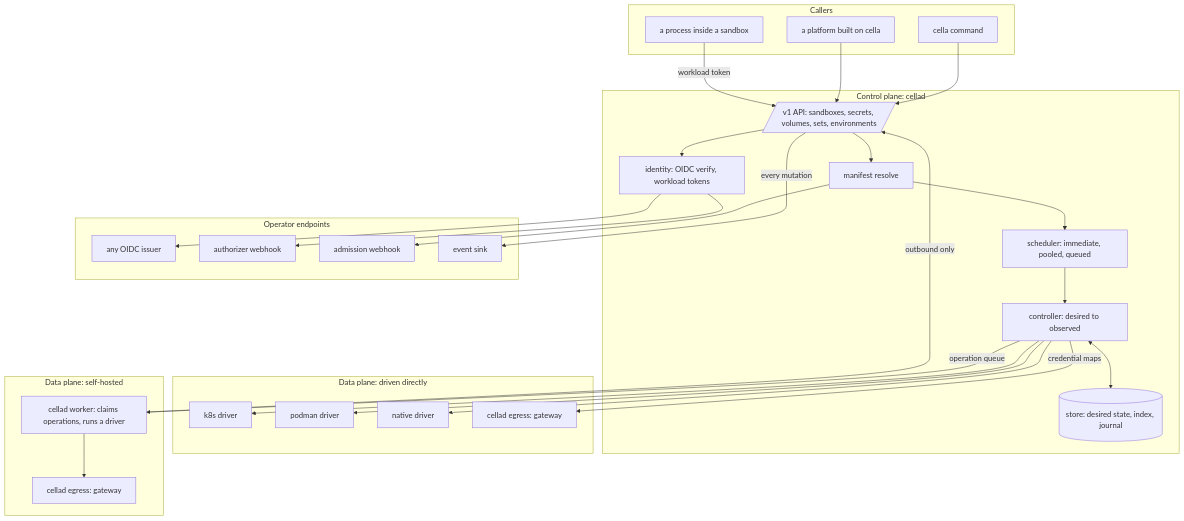
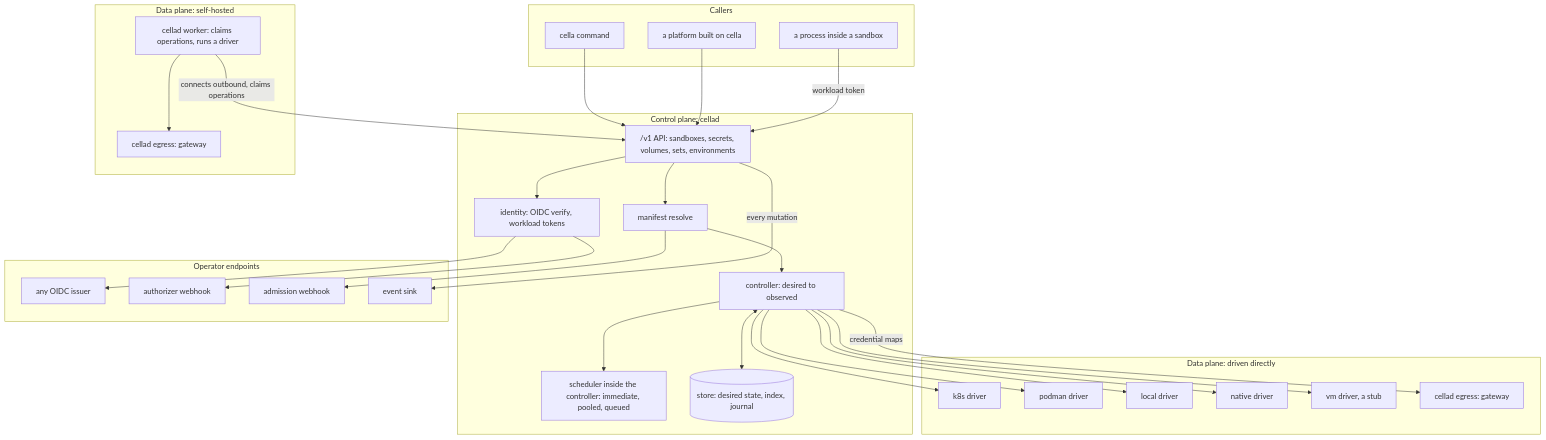
The first of 2 diagrams in specs/001-architecture.md (latere-ai/cella), drawn with Mermaid before and after one commit. The commit also changed other lines of this file and 7 other files, not shown here.

````diff
--- a/specs/001-architecture.md
+++ b/specs/001-architecture.md
@@ -58,48 +58,52 @@
 ```mermaid
 flowchart TB
   subgraph callers [Callers]
     CLI[cella command]
     Plat[a platform built on cella]
     Agent[a process inside a sandbox]
   end
   subgraph cp [Control plane: cellad]
-    API[/v1 API: sandboxes, secrets, volumes, sets, environments/]
+    API["/v1 API: sandboxes, secrets, volumes, sets, environments"]
     Resolve[manifest resolve]
     Auth[identity: OIDC verify, workload tokens]
-    Sched[scheduler: immediate, pooled, queued]
+    Sched[scheduler inside the controller: immediate, pooled, queued]
     Ctl[controller: desired to observed]
     Store[(store: desired state, index, journal)]
   end
   subgraph ops [Operator endpoints]
     IdP[any OIDC issuer]
     Authz[authorizer webhook]
     Adm[admission webhook]
     Sink[event sink]
   end
   subgraph dp1 [Data plane: driven directly]
     K8s[k8s driver]
     Podman[podman driver]
+    Local[local driver]
     Native[native driver]
+    VM[vm driver, a stub]
     EG1[cellad egress: gateway]
   end
   subgraph dp2 [Data plane: self-hosted]
     Worker[cellad worker: claims operations, runs a driver]
     EG2[cellad egress: gateway]
   end
   CLI --> API
   Plat --> API
   Agent -- workload token --> API
   API --> Auth --> IdP
   Auth --> Authz
   API --> Resolve --> Adm
-  Resolve --> Sched --> Ctl
+  Resolve --> Ctl
   Ctl <--> Store
+  Ctl --> Sched
   Ctl --> K8s
   Ctl --> Podman
+  Ctl --> Local
   Ctl --> Native
-  Ctl -- operation queue --> Worker
-  Worker -- outbound only --> API
+  Ctl --> VM
+  Worker -- connects outbound, claims operations --> API
   Ctl -- credential maps --> EG1
   Worker --> EG2
   API -- every mutation --> Sink
 ```
````
